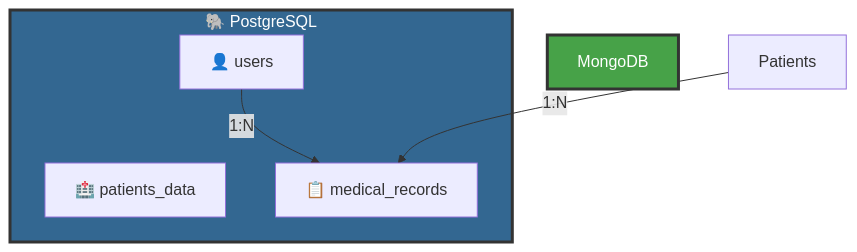
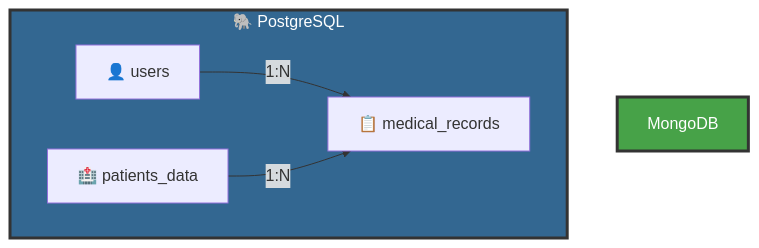
The fourth of 5 diagrams in README.md (dIAgnoseTeam/dIAgnose), drawn with Mermaid before and after one commit. The commit also changed other lines of this file, not shown here.

````diff
--- a/README.md
+++ b/README.md
@@ -122,14 +120,14 @@
 ```mermaid
 graph TB
     subgraph PostgreSQL["🐘 PostgreSQL"]
         Users[👤 users]
         Patients_data[🏥 patients_data]
         Records[📋 medical_records]
     end
     
     Users -->|1:N| Records
-    Patients -->|1:N| Records
+    Patients_data -->|1:N| Records
     
     style PostgreSQL fill:#336791,stroke:#333,stroke-width:3px,color:#fff
     style MongoDB fill:#47a248,stroke:#333,stroke-width:3px,color:#fff
 ```
````
